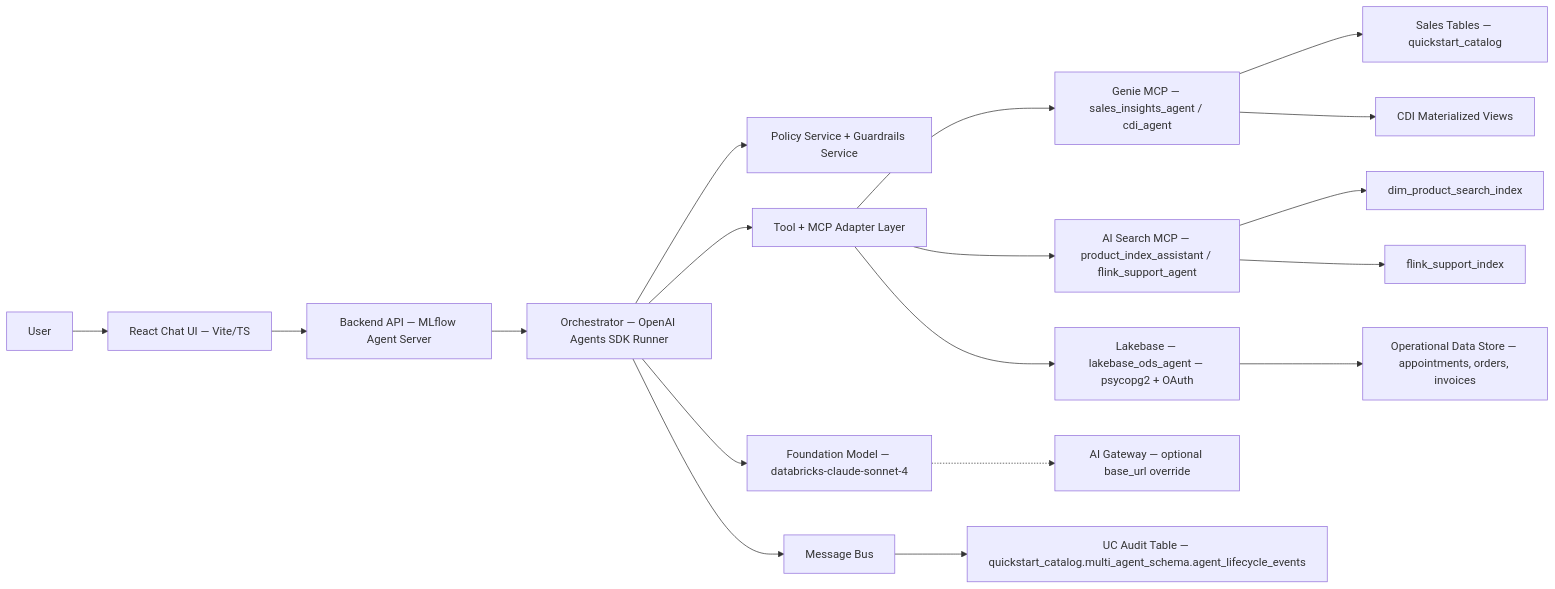
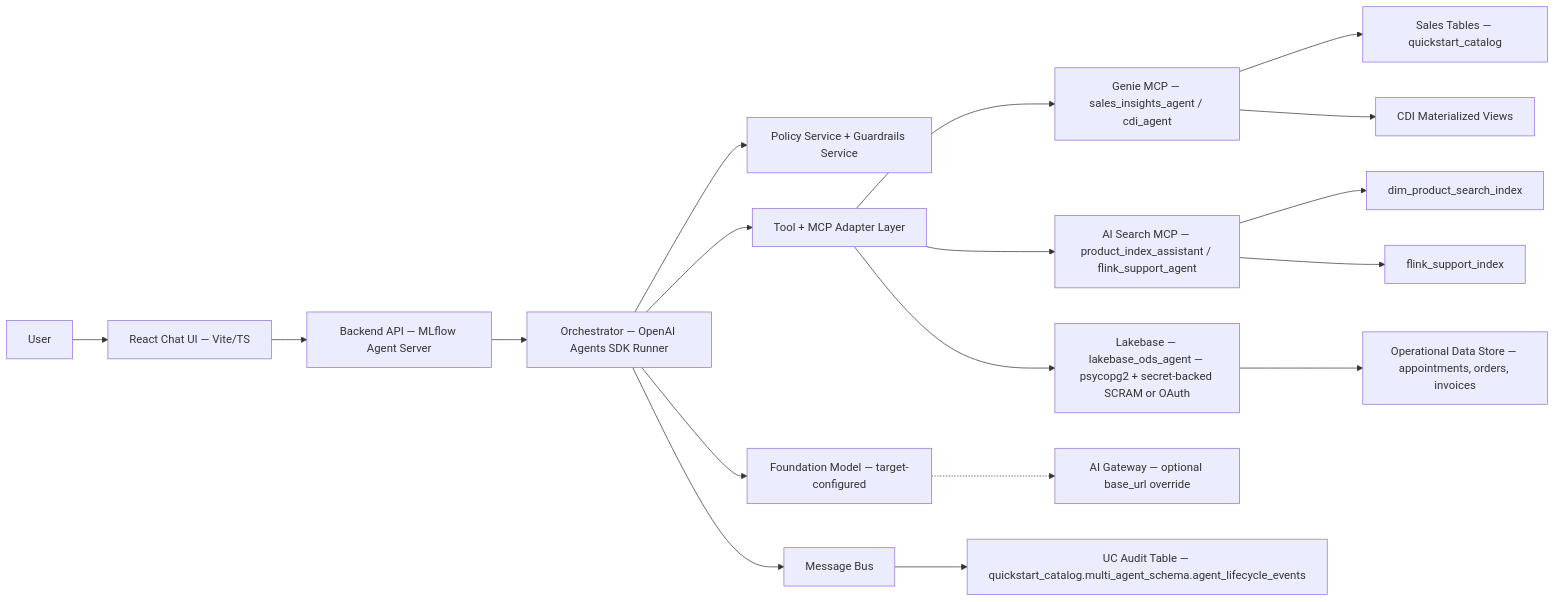
The first of 4 diagrams in docs/architecture/design-artifacts/03-logical-high-level.md (wchen-dea/Governed-Multi-Agent-Intelligence-on-Databricks), drawn with Mermaid before and after one commit. The commit also changed other lines of this file and 33 other files, not shown here.

````diff
--- a/docs/architecture/design-artifacts/03-logical-high-level.md
+++ b/docs/architecture/design-artifacts/03-logical-high-level.md
@@ -7,20 +7,20 @@
 ```mermaid
 flowchart LR
     User[User] --> FE[React Chat UI — Vite/TS]
     FE --> API[Backend API — MLflow Agent Server]
     API --> ORCH[Orchestrator — OpenAI Agents SDK Runner]
     ORCH --> POL[Policy Service + Guardrails Service]
     ORCH --> TOOL[Tool + MCP Adapter Layer]
     TOOL --> GENIE[Genie MCP — sales_insights_agent / cdi_agent]
     TOOL --> AIS[AI Search MCP — product_index_assistant / flink_support_agent]
-    TOOL --> LB[Lakebase — lakebase_ods_agent — psycopg2 + OAuth]
+    TOOL --> LB[Lakebase — lakebase_ods_agent — psycopg2 + secret-backed SCRAM or OAuth]
     GENIE --> ST[Sales Tables — quickstart_catalog]
     GENIE --> MV[CDI Materialized Views]
     AIS --> PI[dim_product_search_index]
     AIS --> FS[flink_support_index]
     LB --> OD[Operational Data Store — appointments, orders, invoices]
-    ORCH --> FM[Foundation Model — databricks-claude-sonnet-4]
+    ORCH --> FM[Foundation Model — target-configured]
     FM -.-> AIGW[AI Gateway — optional base_url override]
     ORCH --> BUS[Message Bus]
     BUS --> AUDIT[UC Audit Table — quickstart_catalog.multi_agent_schema.agent_lifecycle_events]
 ```
````
